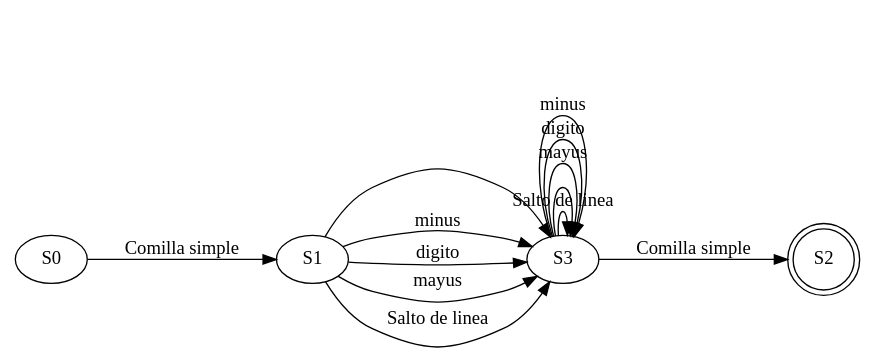
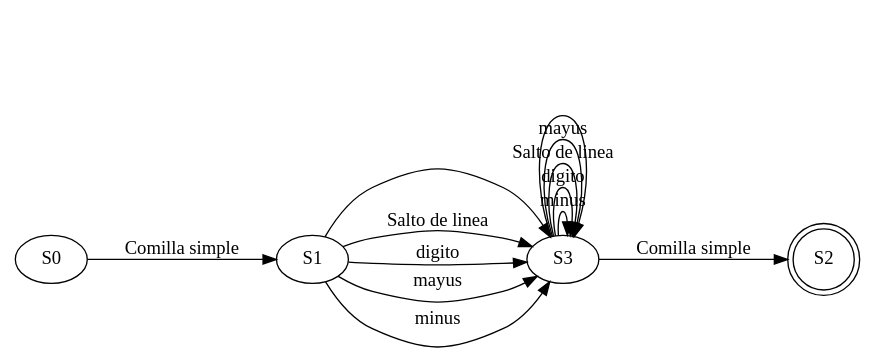
Before and after one commit to JeffMendez/OCL_Proyecto1_201901557: the diagram in Regexive/archivos/AFD_201901557/EXP5.dot, drawn with Graphviz. The commit also changed 54 other files, not shown here.

```diff
--- a/Regexive/archivos/AFD_201901557/EXP5.dot
+++ b/Regexive/archivos/AFD_201901557/EXP5.dot
@@ -1,4 +1,4 @@
 digraph G {
 	rankdir=LR
-	S0 -> S1 [label="Comilla simple"]	S1 -> S3 [label=" "]	S1 -> S3 [label="minus"]	S1 -> S3 [label="digito"]	S1 -> S3 [label="mayus"]	S1 -> S3 [label="Salto de linea"]	S2 [shape="doublecircle"]	S3 -> S3 [label="Salto de linea"]	S3 -> S3 [label=" "]	S3 -> S3 [label="mayus"]	S3 -> S2 [label="Comilla simple"]	S3 -> S3 [label="digito"]	S3 -> S3 [label="minus"]
+	S0 -> S1 [label="Comilla simple"]	S1 -> S3 [label=" "]	S1 -> S3 [label="Salto de linea"]	S1 -> S3 [label="digito"]	S1 -> S3 [label="mayus"]	S1 -> S3 [label="minus"]	S2 [shape="doublecircle"]	S3 -> S3 [label="minus"]	S3 -> S3 [label="digito"]	S3 -> S3 [label="Salto de linea"]	S3 -> S3 [label="mayus"]	S3 -> S3 [label=" "]	S3 -> S2 [label="Comilla simple"]
 }
```
